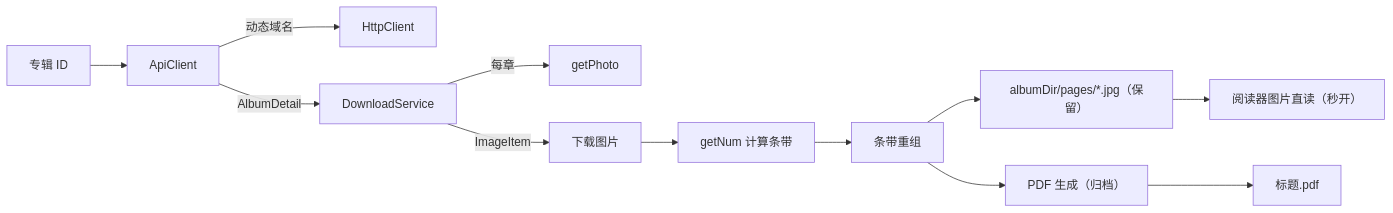
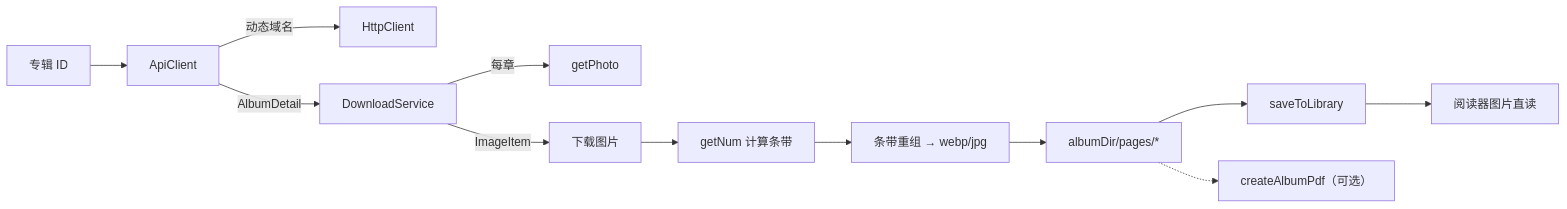
Before and after one commit to aDarkMaker/JMFM: the second of 2 diagrams in docs/architecture/overview.md, drawn with Mermaid. The commit also changed other lines of this file and 11 other files, not shown here.

Commit message:
docs: sync pages-only download repair and cover preload flows

````diff
--- a/docs/architecture/overview.md
+++ b/docs/architecture/overview.md
@@ -76,14 +76,14 @@
 ```mermaid
 flowchart LR
     id["专辑 ID"] --> api2["ApiClient"]
     api2 -->|"动态域名"| http["HttpClient"]
     api2 -->|"AlbumDetail"| svc["DownloadService"]
     svc -->|"每章"| ph["getPhoto"]
     svc -->|"ImageItem"| img["下载图片"]
     img --> num["getNum 计算条带"]
-    num --> dec["条带重组"]
-    dec --> pages["albumDir/pages/*.jpg（保留）"]
-    pages --> read["阅读器图片直读（秒开）"]
-    dec --> pdf2["PDF 生成（归档）"]
-    pdf2 --> file["标题.pdf"]
+    num --> dec["条带重组 → webp/jpg"]
+    dec --> pages["albumDir/pages/*"]
+    pages --> lib["saveToLibrary"]
+    lib --> read["阅读器图片直读"]
+    pages -.-> pdf2["createAlbumPdf（可选）"]
 ```
````
